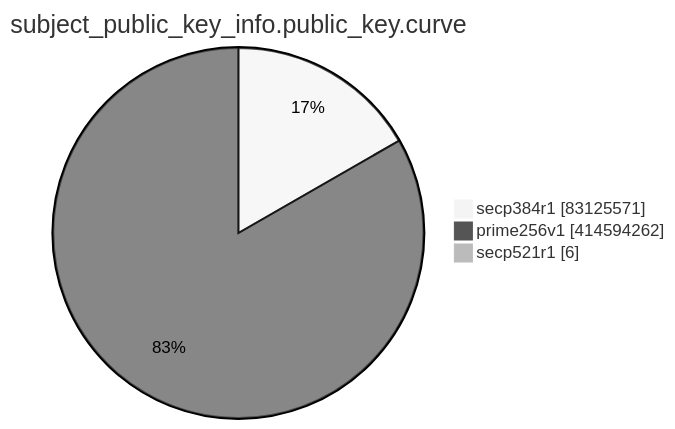
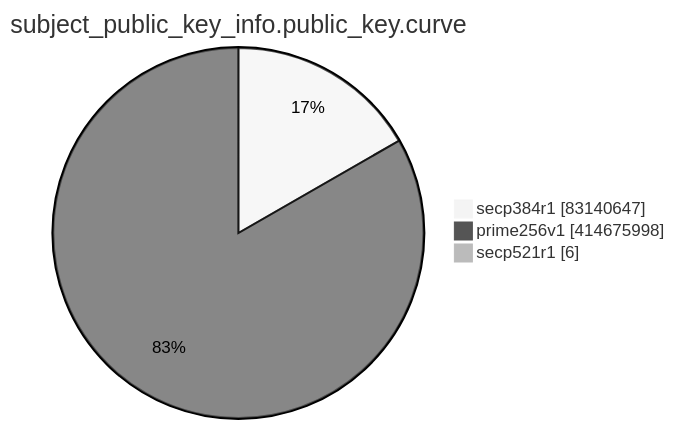
One commit to christiankrug/ctmonitor_visualization changed the eighth of 15 diagrams in TOTAL/README.md. Above: the diagram before and after it, drawn with Mermaid (neutral theme). The commit also changed other lines of this file, not shown here.

````diff
--- a/TOTAL/README.md
+++ b/TOTAL/README.md
@@ -3098,7 +3098,7 @@
 ```mermaid
 pie showData
 title subject_public_key_info.public_key.curve
-"secp384r1" :83125571
-"prime256v1" :414594262
+"secp384r1" :83140647
+"prime256v1" :414675998
 "secp521r1" :6
 ```
````
